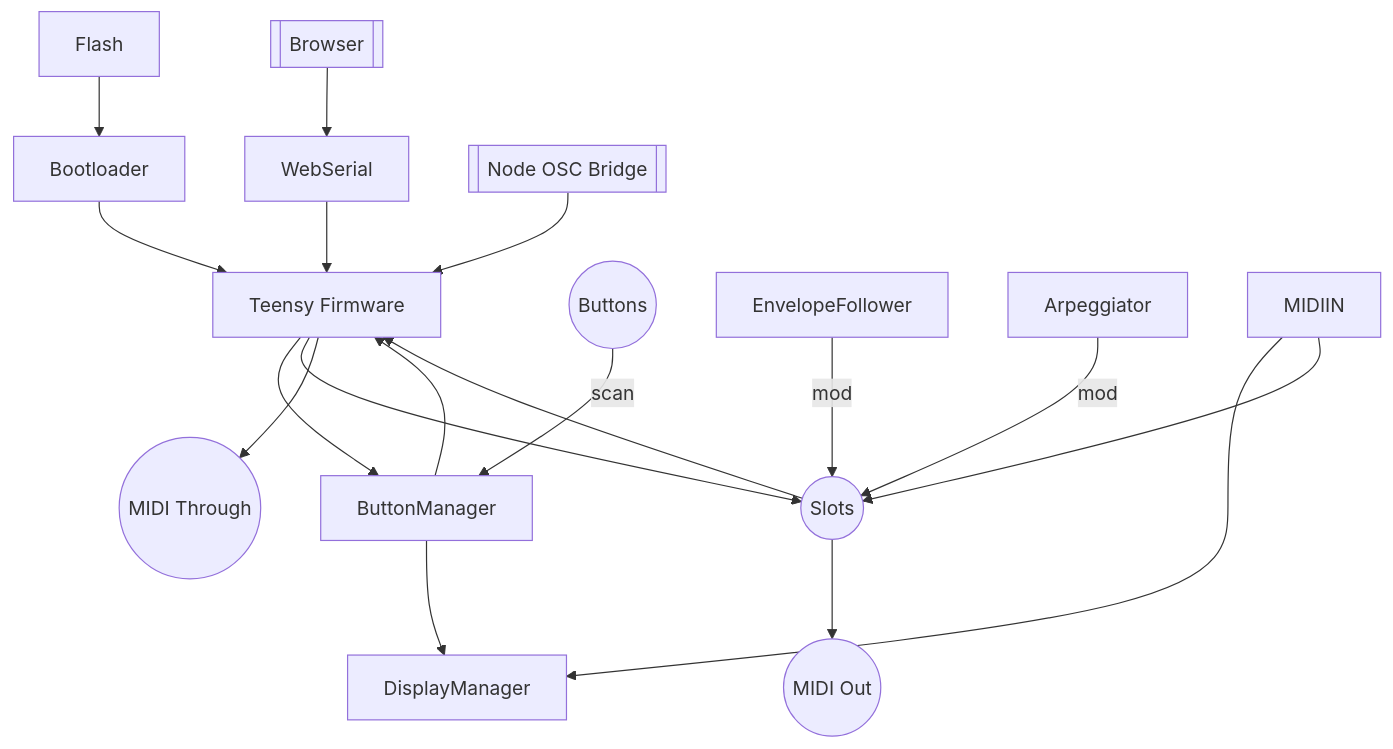
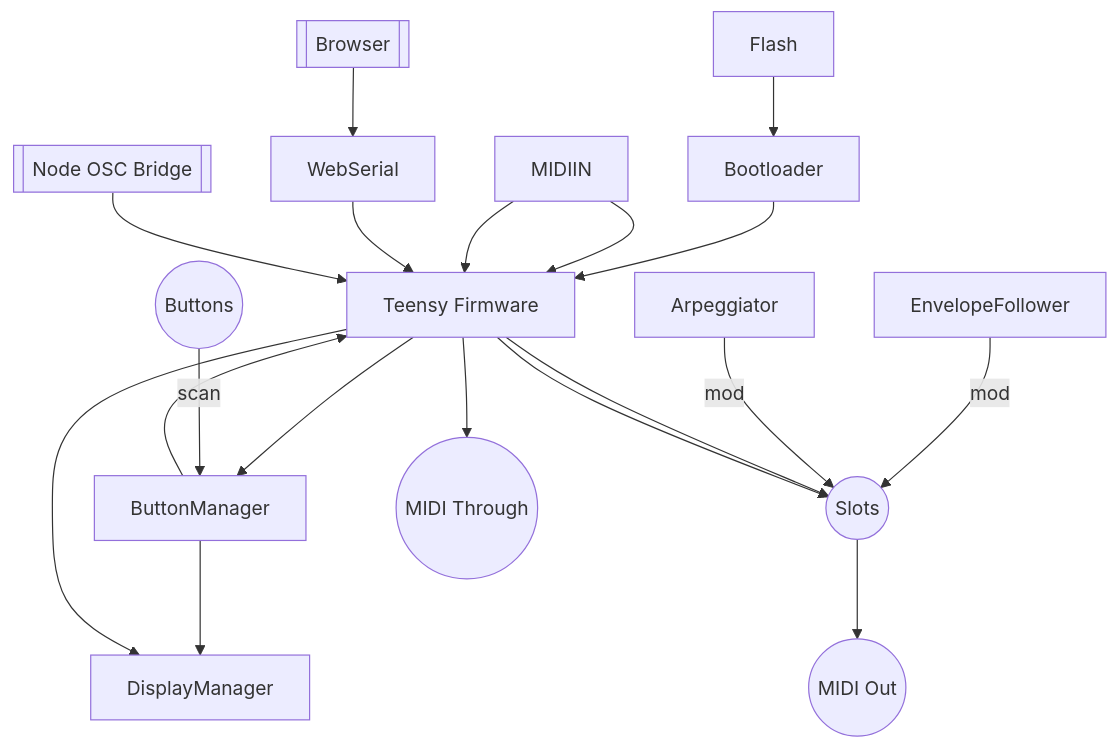
The diagram in docs/README.md (bseverns/MOARkNOBS-42), drawn with Mermaid before and after one commit.

````diff
--- a/docs/README.md
+++ b/docs/README.md
@@ -20,14 +20,14 @@
 ```mermaid
 flowchart TD
   Flash --> Loader[Bootloader] --> FW[Teensy Firmware]
   FW --> BM[ButtonManager] --> DM[DisplayManager]
   Buttons((Buttons)) -->|scan| BM --> FW
   EF[EnvelopeFollower] -->|mod| Slots((Slots))
   ARP[Arpeggiator] -->|mod| Slots((Slots))
-  MIDIIN --> DM[DisplayManager]
-  MIDIIN --> Slots((Slots)) --> FW
+  MIDIIN --> FW --> DM[DisplayManager]
+  MIDIIN --> FW --> Slots((Slots))
   Browser[[Browser]] --> WebSerial --> FW
   NodeOSC[[Node OSC Bridge]] --> FW
   FW --> Slots((Slots)) --> MIDIOut((MIDI Out))
   FW --> MIDIThrough((MIDI Through))
 ```
````
